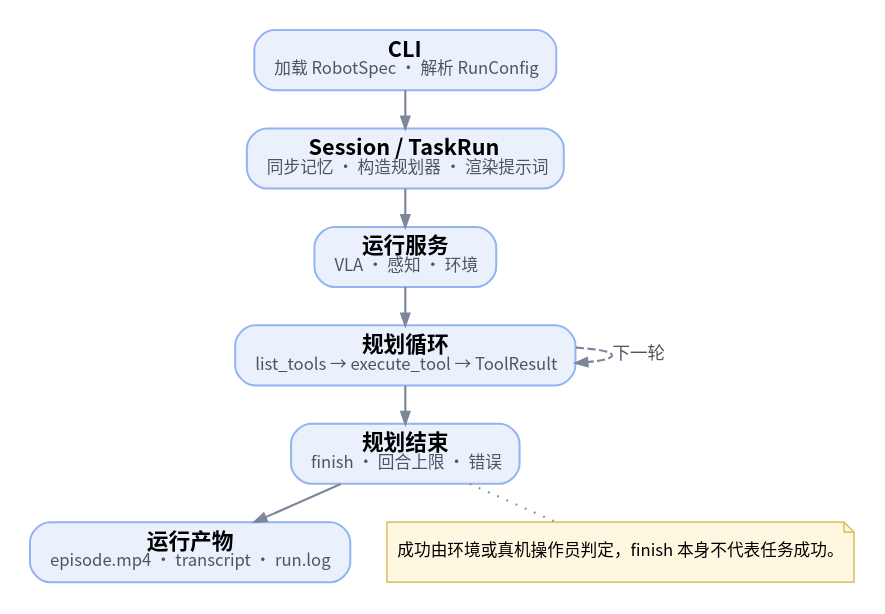
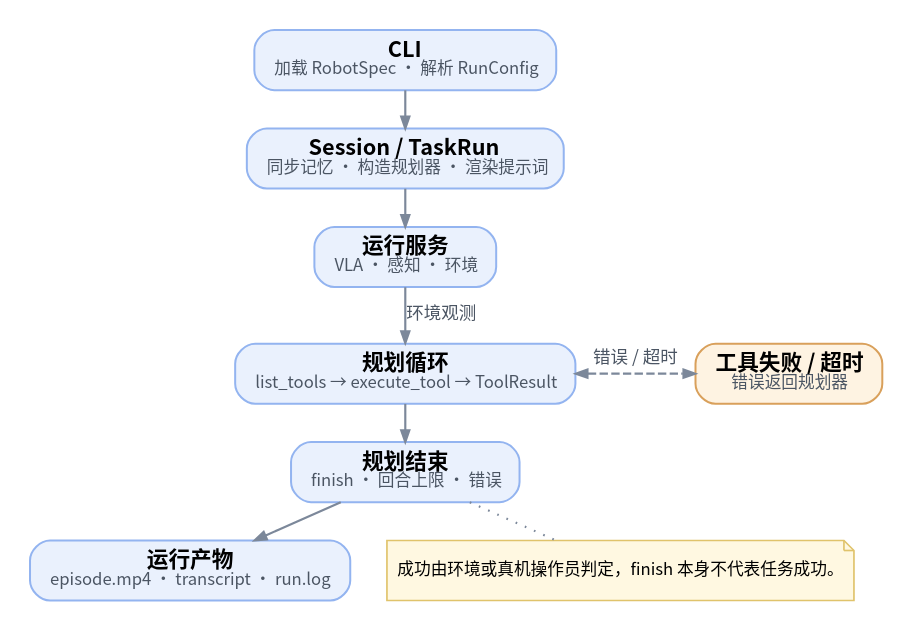
Before and after one commit to qurakchin/RPent: the diagram in docs/_diagrams/execution-flow-zh.dot, drawn with Graphviz. The commit also changed 48 other files, not shown here.

First line of the commit message:
docs: redraw diagrams and align section names across pages

```diff
--- a/docs/_diagrams/execution-flow-zh.dot
+++ b/docs/_diagrams/execution-flow-zh.dot
@@ -1,26 +1,29 @@
 digraph flow {
   graph [rankdir=TB, splines=spline, nodesep=0.30, ranksep=0.30, pad=0.15,
          fontname="Hiragino Sans GB,Noto Sans CJK SC,sans-serif", bgcolor="white"];
   node [shape=box, style="rounded,filled", fontname="Hiragino Sans GB,Noto Sans CJK SC,sans-serif", fontsize=12,
         margin="0.16,0.09", penwidth=1.2, fillcolor="#eaf1fd",
         color="#93b4f0"];
   edge [color="#7c889a", penwidth=1.3, arrowsize=0.7, fontname="Hiragino Sans GB,Noto Sans CJK SC,sans-serif",
         fontsize=10.5, fontcolor="#4b5563"];
 
   f_cli [label=<<FONT POINT-SIZE="13"><B>CLI</B></FONT><BR/><FONT POINT-SIZE="10" COLOR="#4b5563">加载 RobotSpec · 解析 RunConfig</FONT>>, fillcolor="#eaf1fd", color="#93b4f0"];
   f_session [label=<<FONT POINT-SIZE="13"><B>Session / TaskRun</B></FONT><BR/><FONT POINT-SIZE="10" COLOR="#4b5563">同步记忆 · 构造规划器 · 渲染提示词</FONT>>, fillcolor="#eaf1fd", color="#93b4f0"];
   f_services [label=<<FONT POINT-SIZE="13"><B>运行服务</B></FONT><BR/><FONT POINT-SIZE="10" COLOR="#4b5563">VLA · 感知 · 环境</FONT>>, fillcolor="#eaf1fd", color="#93b4f0"];
   f_loop [label=<<FONT POINT-SIZE="13"><B>规划循环</B></FONT><BR/><FONT POINT-SIZE="10" COLOR="#4b5563">list_tools → execute_tool → ToolResult</FONT>>, fillcolor="#eaf1fd", color="#93b4f0"];
   f_end [label=<<FONT POINT-SIZE="13"><B>规划结束</B></FONT><BR/><FONT POINT-SIZE="10" COLOR="#4b5563">finish · 回合上限 · 错误</FONT>>, fillcolor="#eaf1fd", color="#93b4f0"];
   f_result [label=<<FONT POINT-SIZE="13"><B>运行产物</B></FONT><BR/><FONT POINT-SIZE="10" COLOR="#4b5563">episode.mp4 · transcript · run.log</FONT>>, fillcolor="#eaf1fd", color="#93b4f0"];
   f_cli -> f_session;
   f_session -> f_services;
-  f_services -> f_loop;
+  f_services -> f_loop [label="环境观测"];
   f_loop -> f_end;
   f_end -> f_result;
-  f_loop -> f_loop [label="下一轮", style=dashed, constraint=false];
+  {rank=same; f_loop; f_fail;}
+  f_loop -> f_fail [dir=both, label="错误 / 超时", style=dashed,
+                    constraint=false];
   f_note [label="成功由环境或真机操作员判定，finish 本身不代表任务成功。", shape=note, style="filled",
           fillcolor="#fff8e1", color="#e0c36b", fontsize=10, margin="0.12,0.08",
           penwidth=1.0];
   f_end -> f_note [style=dotted, arrowhead=none];
+  f_fail [label=<<FONT POINT-SIZE="13"><B>工具失败 / 超时</B></FONT><BR/><FONT POINT-SIZE="10" COLOR="#4b5563">错误返回规划器</FONT>>, fillcolor="#fef3e2", color="#d9a05b"];
 }
```
